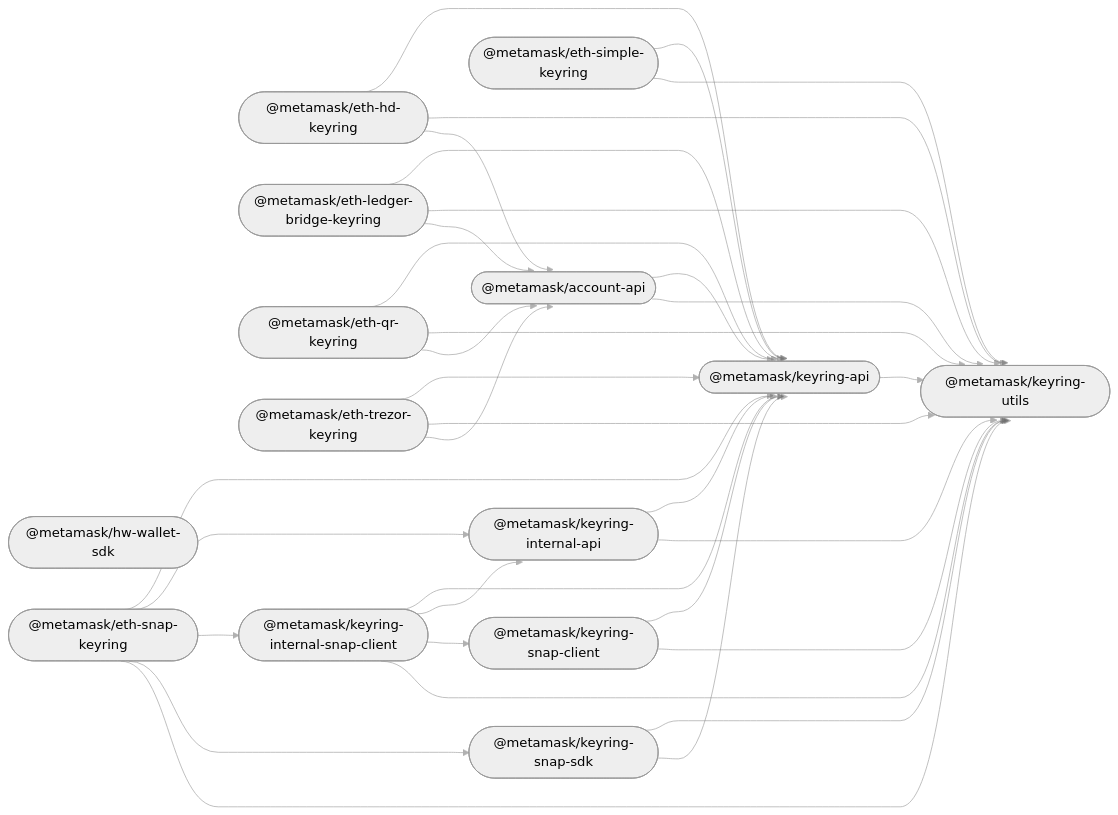
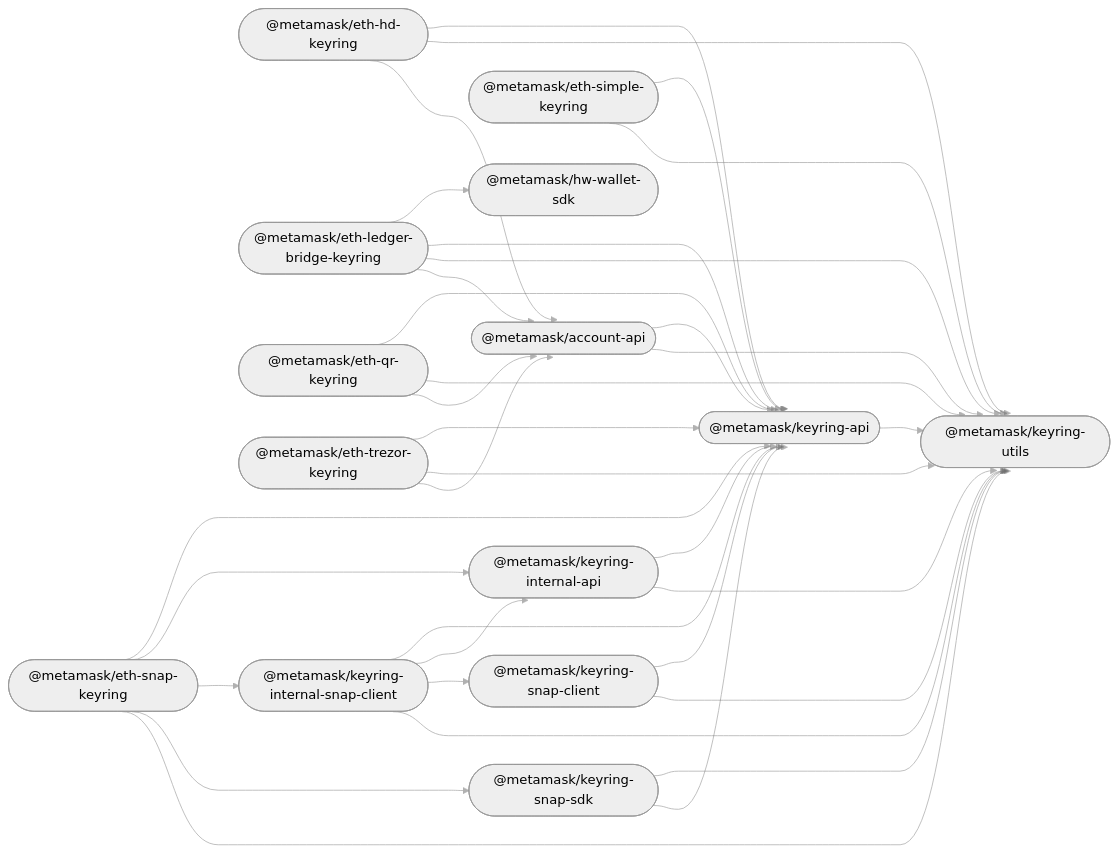
Before and after one commit to MetaMask/accounts: the diagram in README.md, drawn with Mermaid (neutral theme). The commit also changed 24 other files, not shown here.

First line of the commit message:
feat: use hw wallet error for ledger keyring and add getAppNameAndVersion and getAppConfiguration (#446)

````diff
--- a/README.md
+++ b/README.md
@@ -36,51 +36,52 @@
 ```mermaid
 %%{ init: { 'flowchart': { 'curve': 'bumpX' } } }%%
 graph LR;
 linkStyle default opacity:0.5
   account_api(["@metamask/account-api"]);
   hw_wallet_sdk(["@metamask/hw-wallet-sdk"]);
   keyring_api(["@metamask/keyring-api"]);
   eth_hd_keyring(["@metamask/eth-hd-keyring"]);
   eth_ledger_bridge_keyring(["@metamask/eth-ledger-bridge-keyring"]);
   eth_qr_keyring(["@metamask/eth-qr-keyring"]);
   eth_simple_keyring(["@metamask/eth-simple-keyring"]);
   eth_trezor_keyring(["@metamask/eth-trezor-keyring"]);
   keyring_internal_api(["@metamask/keyring-internal-api"]);
   keyring_internal_snap_client(["@metamask/keyring-internal-snap-client"]);
   eth_snap_keyring(["@metamask/eth-snap-keyring"]);
   keyring_snap_client(["@metamask/keyring-snap-client"]);
   keyring_snap_sdk(["@metamask/keyring-snap-sdk"]);
   keyring_utils(["@metamask/keyring-utils"]);
   account_api --> keyring_api;
   account_api --> keyring_utils;
   keyring_api --> keyring_utils;
   eth_hd_keyring --> keyring_api;
   eth_hd_keyring --> keyring_utils;
   eth_hd_keyring --> account_api;
+  eth_ledger_bridge_keyring --> hw_wallet_sdk;
   eth_ledger_bridge_keyring --> keyring_api;
   eth_ledger_bridge_keyring --> keyring_utils;
   eth_ledger_bridge_keyring --> account_api;
   eth_qr_keyring --> keyring_api;
   eth_qr_keyring --> keyring_utils;
   eth_qr_keyring --> account_api;
   eth_simple_keyring --> keyring_api;
   eth_simple_keyring --> keyring_utils;
   eth_trezor_keyring --> keyring_api;
   eth_trezor_keyring --> keyring_utils;
   eth_trezor_keyring --> account_api;
   keyring_internal_api --> keyring_api;
   keyring_internal_api --> keyring_utils;
   keyring_internal_snap_client --> keyring_api;
   keyring_internal_snap_client --> keyring_internal_api;
   keyring_internal_snap_client --> keyring_snap_client;
   keyring_internal_snap_client --> keyring_utils;
   eth_snap_keyring --> keyring_api;
   eth_snap_keyring --> keyring_internal_api;
   eth_snap_keyring --> keyring_internal_snap_client;
   eth_snap_keyring --> keyring_snap_sdk;
   eth_snap_keyring --> keyring_utils;
   keyring_snap_client --> keyring_api;
   keyring_snap_client --> keyring_utils;
   keyring_snap_sdk --> keyring_utils;
   keyring_snap_sdk --> keyring_api;
 ```
````
